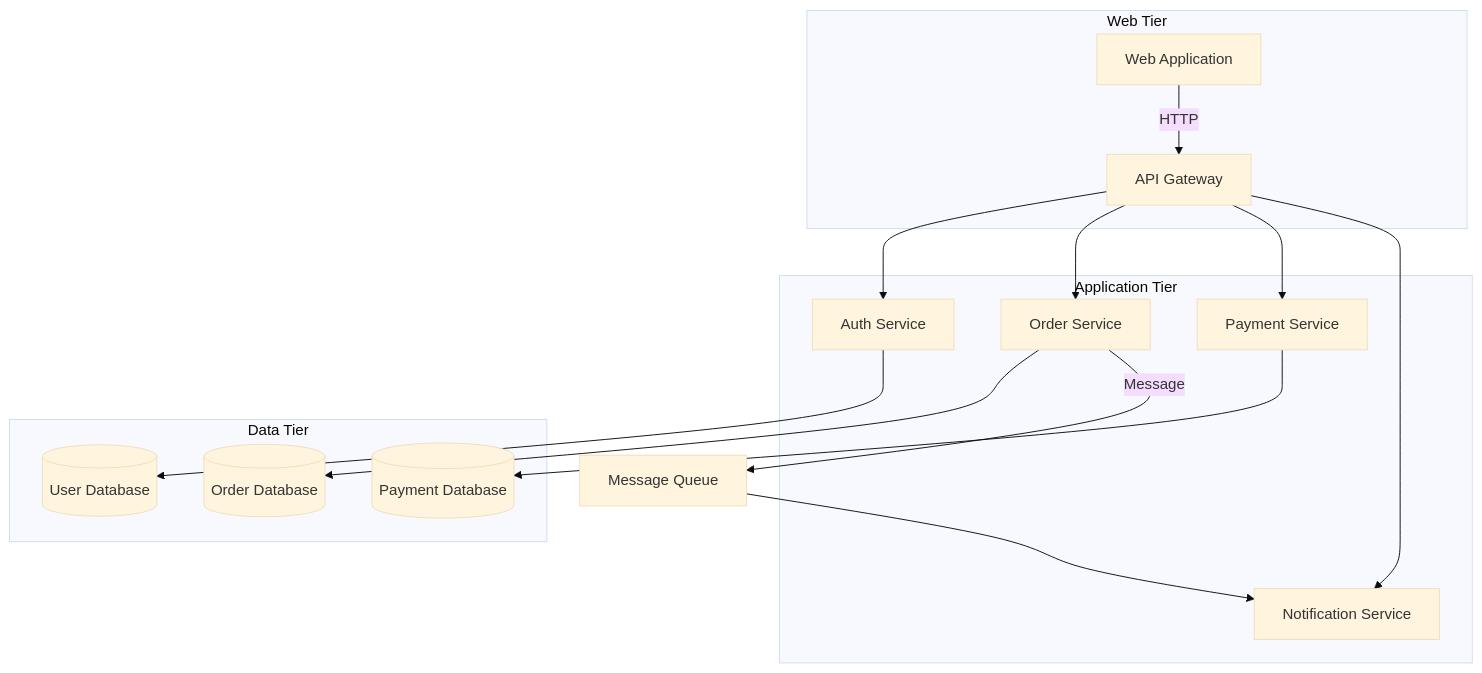
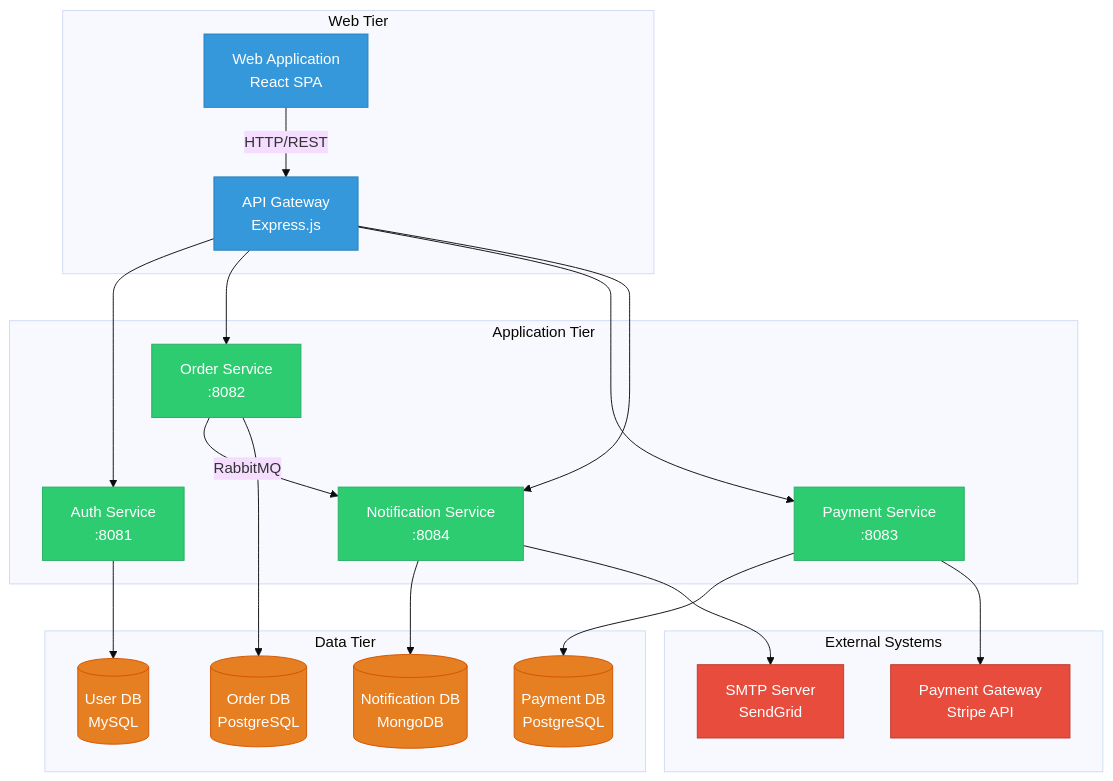
The seventh of 10 diagrams in docs/courses/software-engineering/03-system-modeling.md (Raushan666java/ai-engineering-journey), drawn with Mermaid (base theme) before and after one commit. The commit also changed other lines of this file and 15 other files, not shown here.

Commit message:
deploy: software-engineering overhaul - 16 chapters expanded to avg 1284L (+7649L), richer Mermaid, more TS, deeper content

````diff
--- a/docs/courses/software-engineering/03-system-modeling.md
+++ b/docs/courses/software-engineering/03-system-modeling.md
@@ -264,19 +371,32 @@
 ```mermaid
 graph TD
     subgraph "Web Tier"
-        WEB[Web Application] -->|HTTP| API[API Gateway]
+        WEB[Web Application<br/>React SPA] -->|HTTP/REST| API[API Gateway<br/>Express.js]
     end
     subgraph "Application Tier"
-        API --> AUTH[Auth Service]
-        API --> ORDER[Order Service]
-        API --> PAY[Payment Service]
-        API --> NOTIFY[Notification Service]
+        API --> AUTH[Auth Service<br/>:8081]
+        API --> ORDER[Order Service<br/>:8082]
+        API --> PAY[Payment Service<br/>:8083]
+        API --> NOTIFY[Notification Service<br/>:8084]
+        ORDER -->|RabbitMQ| NOTIFY
     end
     subgraph "Data Tier"
-        ORDER --> DB[(Order Database)]
-        PAY --> PDB[(Payment Database)]
-        AUTH --> UDB[(User Database)]
+        ORDER --> DB[(Order DB<br/>PostgreSQL)]
+        PAY --> PDB[(Payment DB<br/>PostgreSQL)]
+        AUTH --> UDB[(User DB<br/>MySQL)]
+        NOTIFY --> NDB[(Notification DB<br/>MongoDB)]
     end
-    ORDER -->|Message| Q[Message Queue]
-    Q --> NOTIFY
+    subgraph "External Systems"
+        PAY --> PSP[Payment Gateway<br/>Stripe API]
+        NOTIFY --> SMTP[SMTP Server<br/>SendGrid]
+    end
+
+    classDef web fill:#3498db,stroke:#2980b9,color:#fff
+    classDef app fill:#2ecc71,stroke:#27ae60,color:#fff
+    classDef data fill:#e67e22,stroke:#d35400,color:#fff
+    classDef ext fill:#e74c3c,stroke:#c0392b,color:#fff
+    class WEB,API web
+    class AUTH,ORDER,PAY,NOTIFY app
+    class DB,PDB,UDB,NDB data
+    class PSP,SMTP ext
 ```
````
